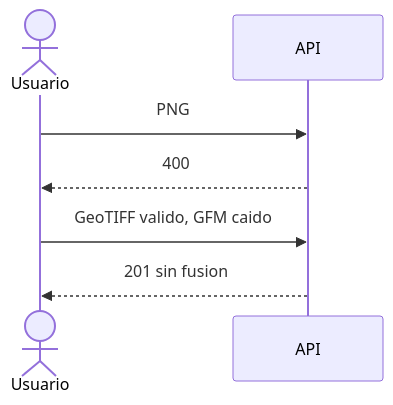
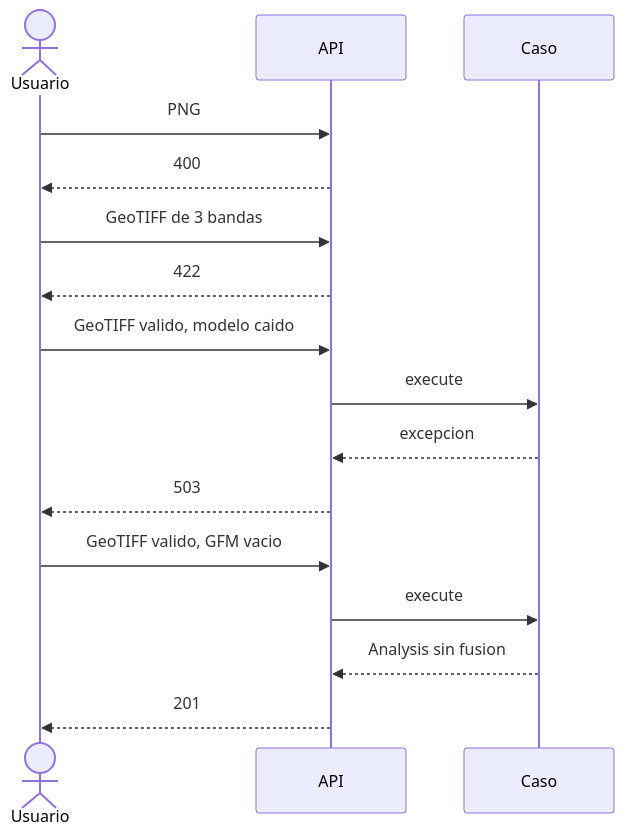
One commit to Charlsz/Tune changed the fourth of 4 diagrams in docs/SegundoInforme.md. Above: the diagram before and after it, drawn with Mermaid. The commit also changed other lines of this file and 10 other files, not shown here.

Commit message:
refactor: Update sequence and architecture diagrams for improved clarity and accuracy.

````diff
--- a/docs/SegundoInforme.md
+++ b/docs/SegundoInforme.md
@@ -268,9 +279,18 @@
 ```mermaid
 sequenceDiagram
   actor Usuario
   participant API
+  participant Caso
   Usuario->>API: PNG
   API-->>Usuario: 400
-  Usuario->>API: GeoTIFF valido, GFM caido
-  API-->>Usuario: 201 sin fusion
+  Usuario->>API: GeoTIFF de 3 bandas
+  API-->>Usuario: 422
+  Usuario->>API: GeoTIFF valido, modelo caido
+  API->>Caso: execute
+  Caso-->>API: excepcion
+  API-->>Usuario: 503
+  Usuario->>API: GeoTIFF valido, GFM vacio
+  API->>Caso: execute
+  Caso-->>API: Analysis sin fusion
+  API-->>Usuario: 201
 ```
````
